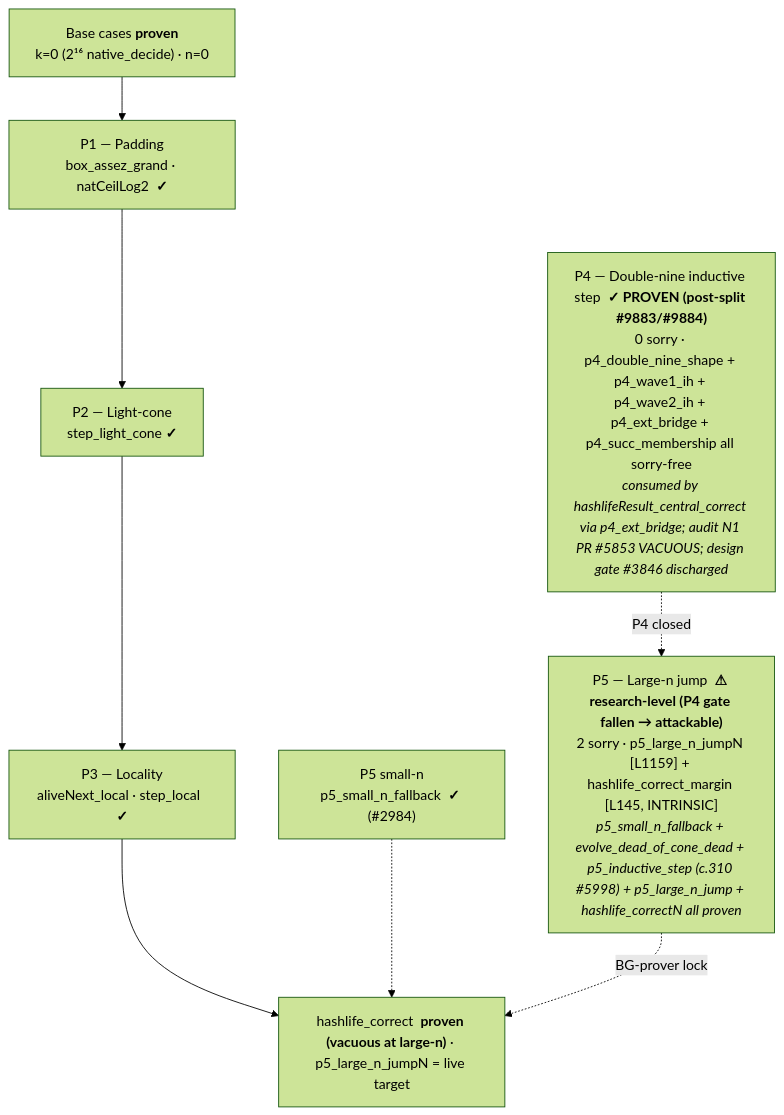
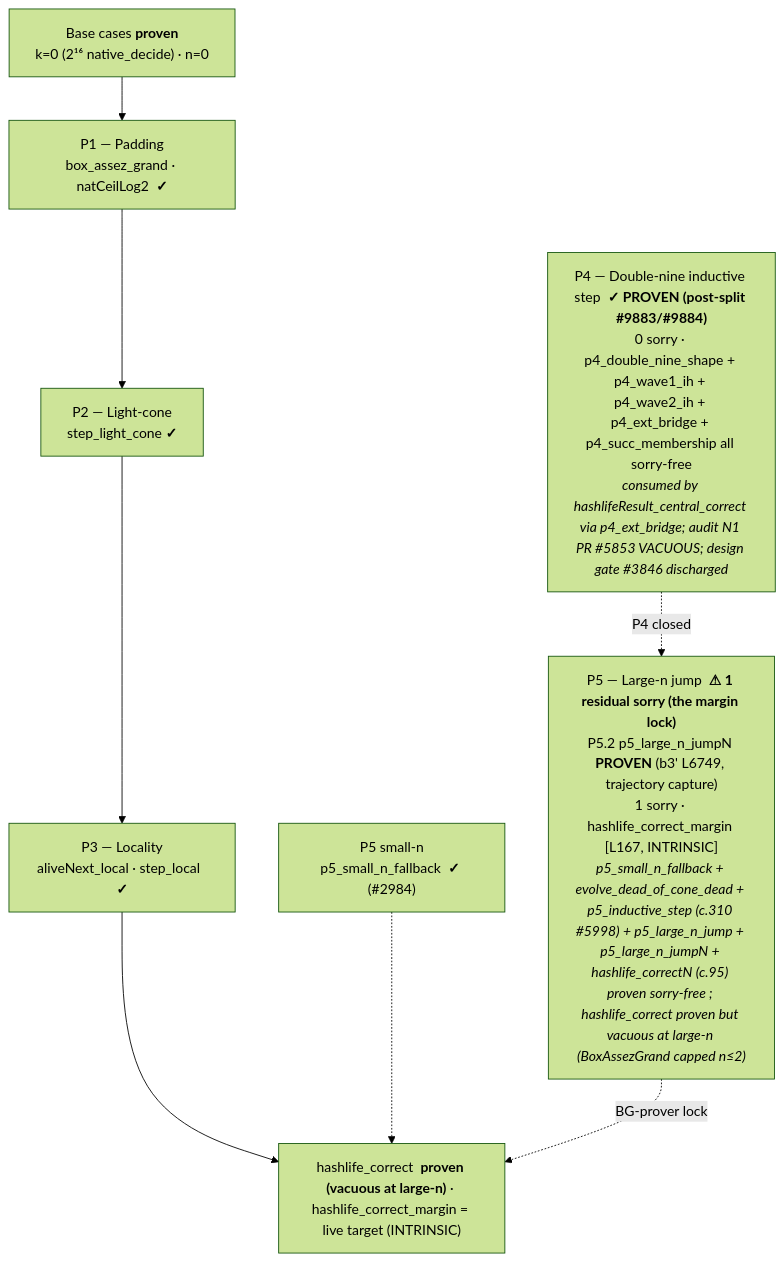
The diagram in MyIA.AI.Notebooks/SymbolicAI/Lean/conway_lean/README.en.md (jsboige/CoursIA), drawn with Mermaid (forest theme) before and after one commit. The commit also changed other lines of this file and 1 other file, not shown here.

````diff
--- a/MyIA.AI.Notebooks/SymbolicAI/Lean/conway_lean/README.en.md
+++ b/MyIA.AI.Notebooks/SymbolicAI/Lean/conway_lean/README.en.md
@@ -132,15 +134,15 @@
 ```mermaid
 flowchart TD
     BASE["Base cases  <b>proven</b><br/>k=0 (2¹⁶ native_decide) · n=0"]
     P1["P1 — Padding<br/>box_assez_grand · natCeilLog2  <b>✓</b>"]
     P2["P2 — Light-cone<br/>step_light_cone  <b>✓</b>"]
     P3["P3 — Locality<br/>aliveNext_local · step_local  <b>✓</b>"]
     P5S["P5 small-n<br/>p5_small_n_fallback  <b>✓</b> (#2984)"]
     P4["P4 — Double-nine inductive step  <b>✓ PROVEN (post-split #9883/#9884)</b><br/>0 sorry · p4_double_nine_shape + p4_wave1_ih + p4_wave2_ih + p4_ext_bridge + p4_succ_membership all sorry-free<br/><i>consumed by hashlifeResult_central_correct via p4_ext_bridge; audit N1 PR #5853 VACUOUS; design gate #3846 discharged</i>"]
-    P5["P5 — Large-n jump  <b>⚠ research-level (P4 gate fallen → attackable)</b><br/>2 sorry · p5_large_n_jumpN [L1159] + hashlife_correct_margin [L145, INTRINSIC]<br/><i>p5_small_n_fallback + evolve_dead_of_cone_dead + p5_inductive_step (c.310 #5998) + p5_large_n_jump + hashlife_correctN all proven</i>"]
-    GOAL["hashlife_correct  <b>proven (vacuous at large-n)</b> · p5_large_n_jumpN = live target"]
+    P5["P5 — Large-n jump  <b>⚠ 1 residual sorry (the margin lock)</b><br/>P5.2 p5_large_n_jumpN <b>PROVEN</b> (b3' L6749, trajectory capture)<br/>1 sorry · hashlife_correct_margin [L167, INTRINSIC]<br/><i>p5_small_n_fallback + evolve_dead_of_cone_dead + p5_inductive_step (c.310 #5998) + p5_large_n_jump + p5_large_n_jumpN + hashlife_correctN (c.95) proven sorry-free ; hashlife_correct proven but vacuous at large-n (BoxAssezGrand capped n≤2)</i>"]
+    GOAL["hashlife_correct  <b>proven (vacuous at large-n)</b> · hashlife_correct_margin = live target (INTRINSIC)"]
 
     BASE --> P1 --> P2 --> P3 --> GOAL
     P5S -.-> GOAL
     P4 -.->|"P4 closed"| P5 -.->|"BG-prover lock"| GOAL
 ```
````
